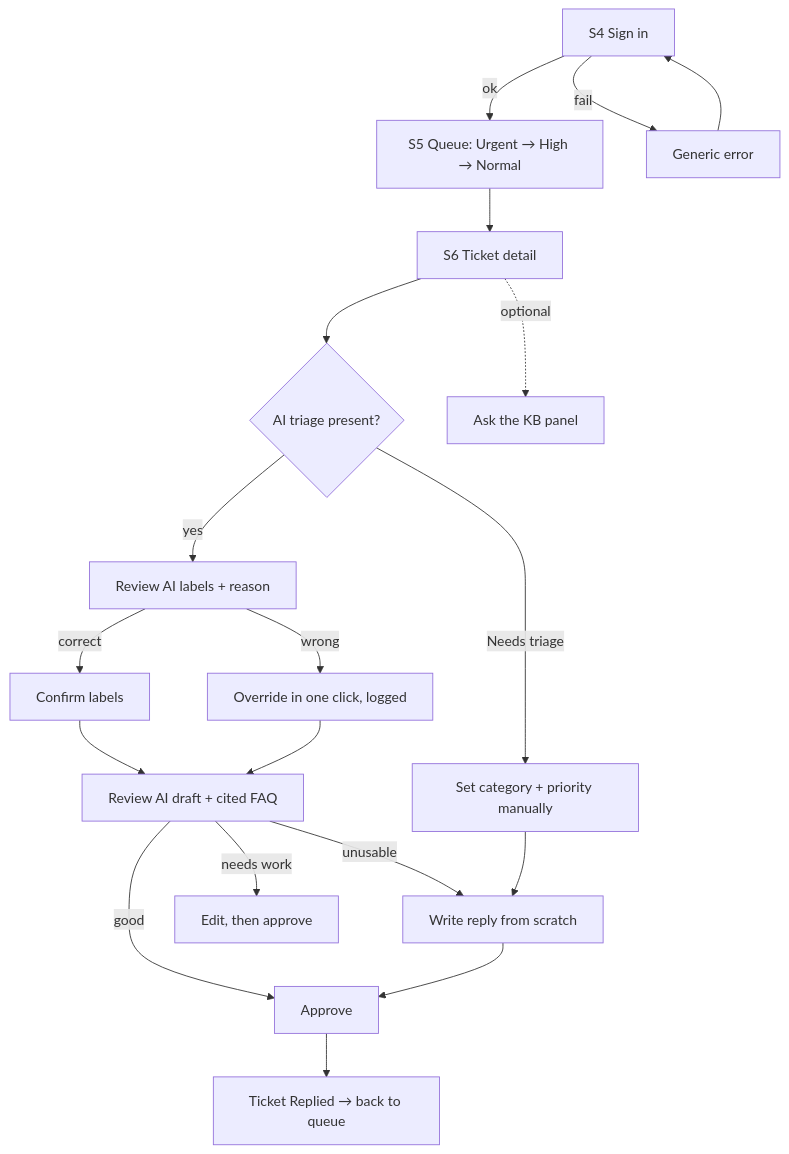
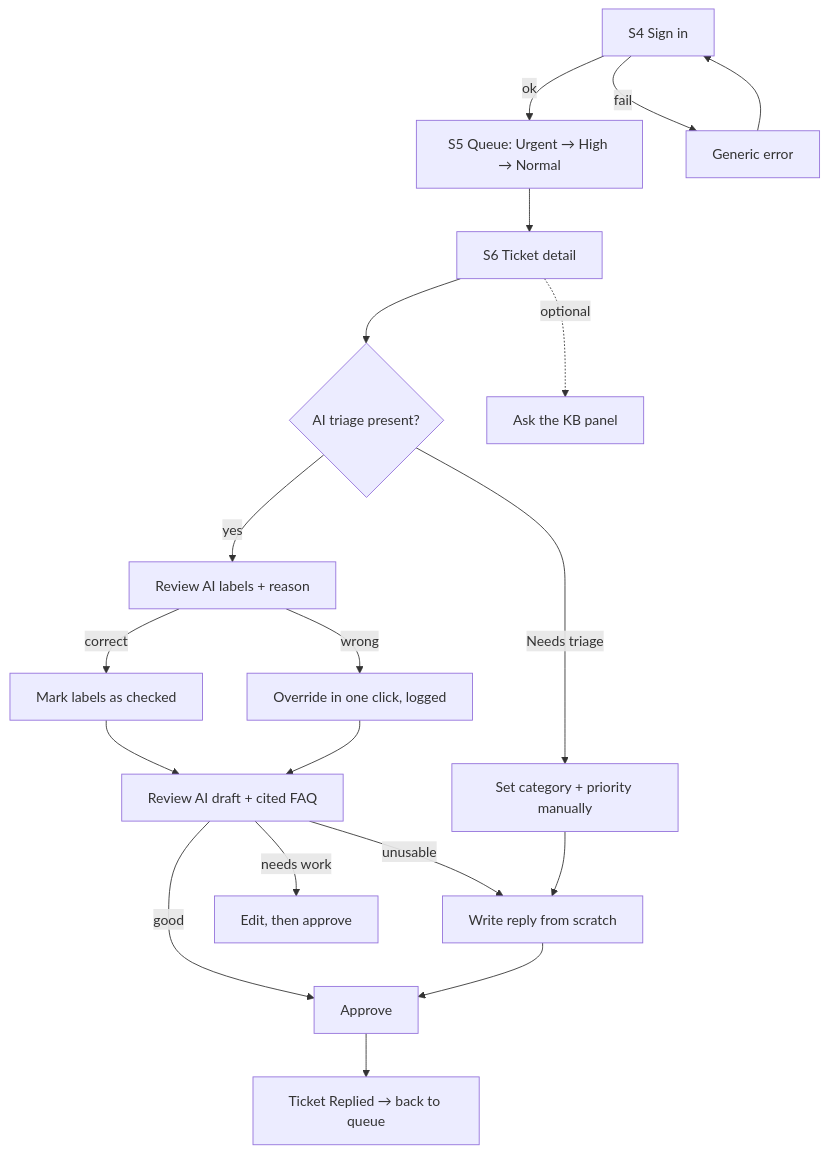
One commit to moulinath/helpdesk-ai changed the second of 4 diagrams in docs/02-design/ux-spec.md. Above: the diagram before and after it, drawn with Mermaid. The commit also changed other lines of this file and 17 other files, not shown here.

````diff
--- a/docs/02-design/ux-spec.md
+++ b/docs/02-design/ux-spec.md
@@ -44,20 +44,20 @@
 ```mermaid
 flowchart TD
   A[S4 Sign in] -->|ok| B[S5 Queue: Urgent → High → Normal]
   A -->|fail| A1[Generic error] --> A
   B --> C[S6 Ticket detail]
   C --> D{AI triage present?}
   D -->|yes| E[Review AI labels + reason]
   D -->|Needs triage| E2[Set category + priority manually]
-  E -->|correct| F[Confirm labels]
+  E -->|correct| F[Mark labels as checked]
   E -->|wrong| G[Override in one click, logged]
   F --> H[Review AI draft + cited FAQ]
   G --> H
   E2 --> H2[Write reply from scratch]
   H -->|good| I[Approve]
   H -->|needs work| J[Edit, then approve]
   H -->|unusable| H2
   H2 --> I
   I --> K[Ticket Replied → back to queue]
   C -.optional.-> L[Ask the KB panel]
 ```
````
